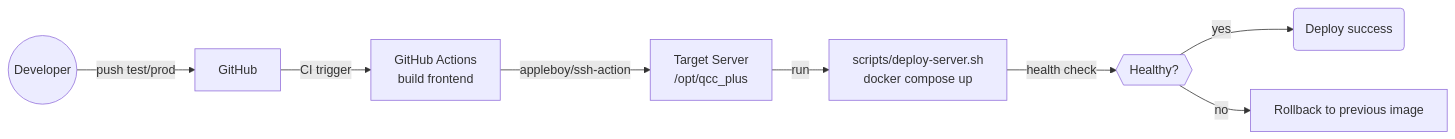
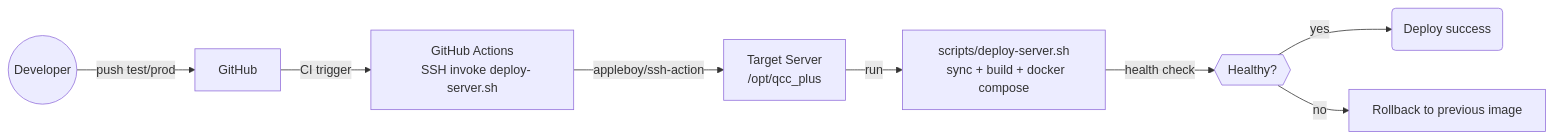
The diagram in docs/ci-cd-deployment.md (yxhpy/qcc_plus), drawn with Mermaid before and after one commit. The commit also changed other lines of this file and 7 other files, not shown here.

First line of the commit message:
refactor(R004): 统一重新部署流程 — deploy-server.sh 为唯一入口

````diff
--- a/docs/ci-cd-deployment.md
+++ b/docs/ci-cd-deployment.md
@@ -13,13 +13,13 @@
 ```mermaid
 flowchart LR
   dev((Developer))-- push test/prod -->GH[GitHub]
   GH-- CI trigger -->A[GitHub Actions
-  build frontend]
+  SSH invoke deploy-server.sh]
   A-- appleboy/ssh-action -->S[Target Server
   /opt/qcc_plus]
   S-- run -->D[scripts/deploy-server.sh
-  docker compose up]
+  sync + build + docker compose]
   D-- health check -->OK{{Healthy?}}
   OK-- yes -->Done(Deploy success)
   OK-- no -->RB[Rollback to previous image]
 ```
````
